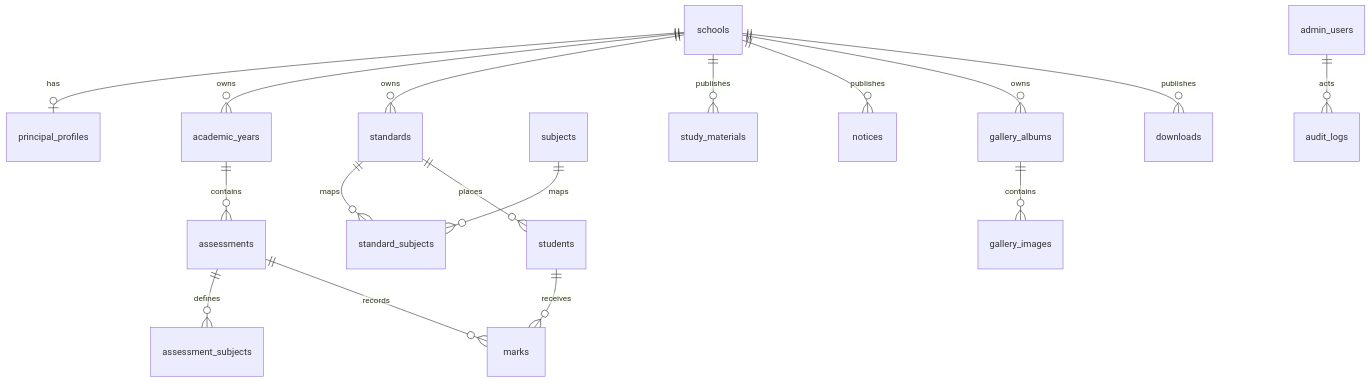
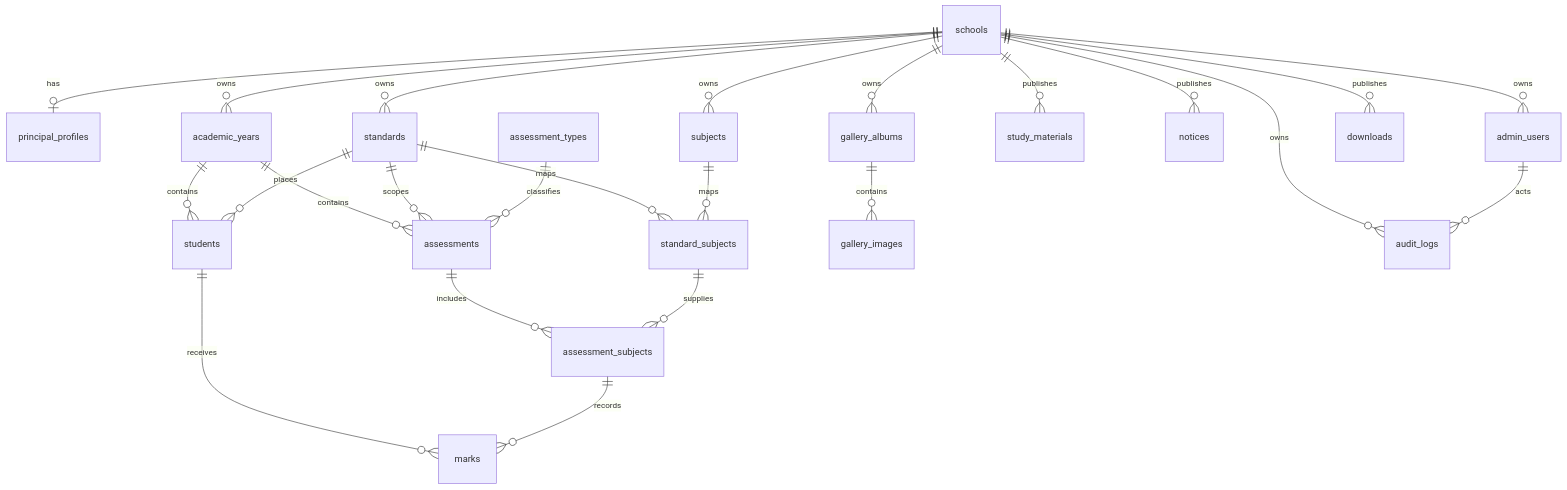
The diagram in docs/data/DATABASE.md (Rorfost/school-platform), drawn with Mermaid before and after one commit. The commit also changed other lines of this file and 8 other files, not shown here.

Commit message:
docs(db): document V1 database architecture

````diff
--- a/docs/data/DATABASE.md
+++ b/docs/data/DATABASE.md
@@ -5,19 +15,26 @@
 ```mermaid
 erDiagram
   schools ||--o| principal_profiles : has
+  schools ||--o{ admin_users : owns
   schools ||--o{ academic_years : owns
   schools ||--o{ standards : owns
+  schools ||--o{ subjects : owns
   standards ||--o{ standard_subjects : maps
   subjects ||--o{ standard_subjects : maps
+  academic_years ||--o{ students : contains
+  standards ||--o{ students : places
   academic_years ||--o{ assessments : contains
-  assessments ||--o{ assessment_subjects : defines
+  standards ||--o{ assessments : scopes
+  assessment_types ||--o{ assessments : classifies
+  assessments ||--o{ assessment_subjects : includes
+  standard_subjects ||--o{ assessment_subjects : supplies
   students ||--o{ marks : receives
-  assessments ||--o{ marks : records
-  standards ||--o{ students : places
+  assessment_subjects ||--o{ marks : records
   schools ||--o{ study_materials : publishes
   schools ||--o{ notices : publishes
   schools ||--o{ gallery_albums : owns
   gallery_albums ||--o{ gallery_images : contains
   schools ||--o{ downloads : publishes
+  schools ||--o{ audit_logs : owns
   admin_users ||--o{ audit_logs : acts
 ```
````
